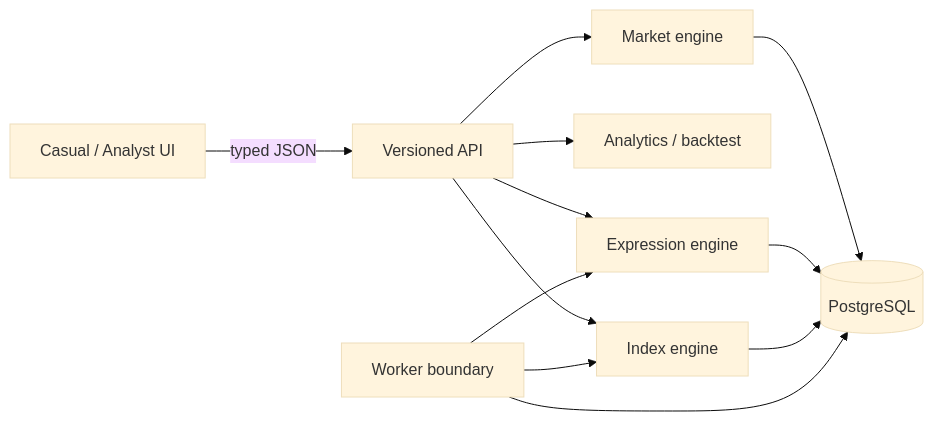
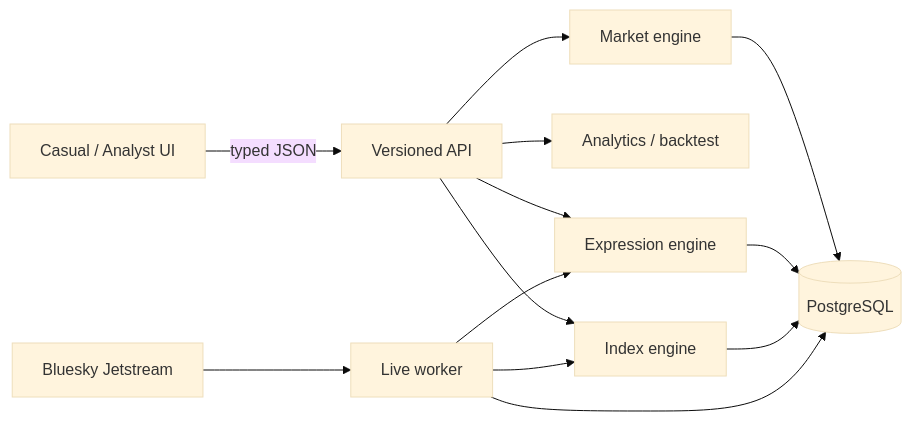
The diagram in docs/architecture/system-overview.md (Richard-Y-W/CULT), drawn with Mermaid (base theme) before and after one commit. The commit also changed other lines of this file and 109 other files, not shown here.

````diff
--- a/docs/architecture/system-overview.md
+++ b/docs/architecture/system-overview.md
@@ -3,14 +3,15 @@
 ```mermaid
 flowchart LR
   U[Casual / Analyst UI] -->|typed JSON| API[Versioned API]
   API --> M[Market engine]
   API --> A[Analytics / backtest]
   API --> E[Expression engine]
   API --> I[Index engine]
   M --> DB[(PostgreSQL)]
   E --> DB
   I --> DB
-  W[Worker boundary] --> E
+  J[Bluesky Jetstream] --> W[Live worker]
+  W --> E
   W --> I
   W --> DB
 ```
````
